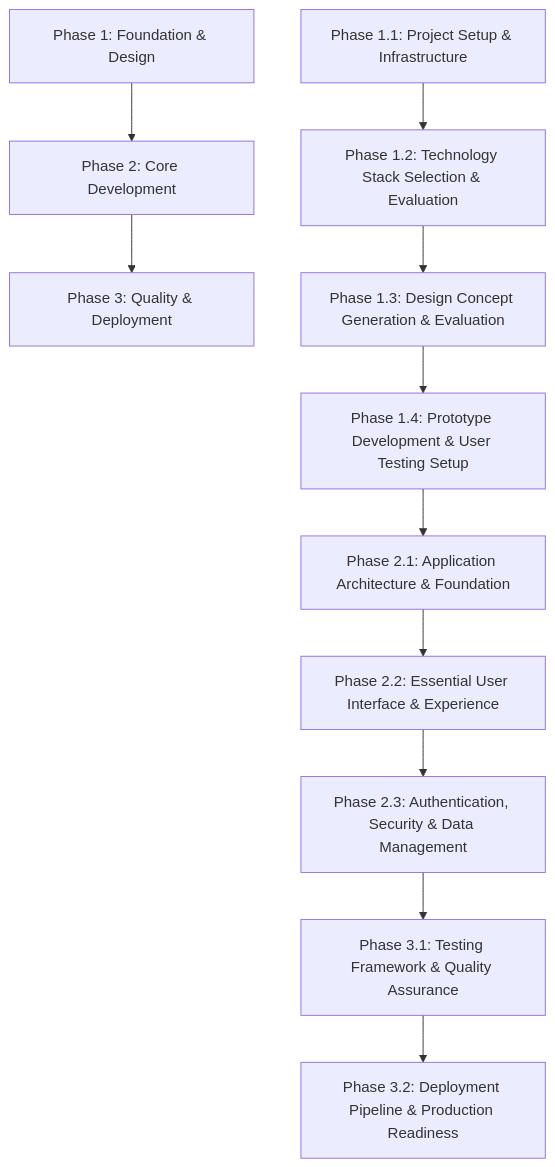
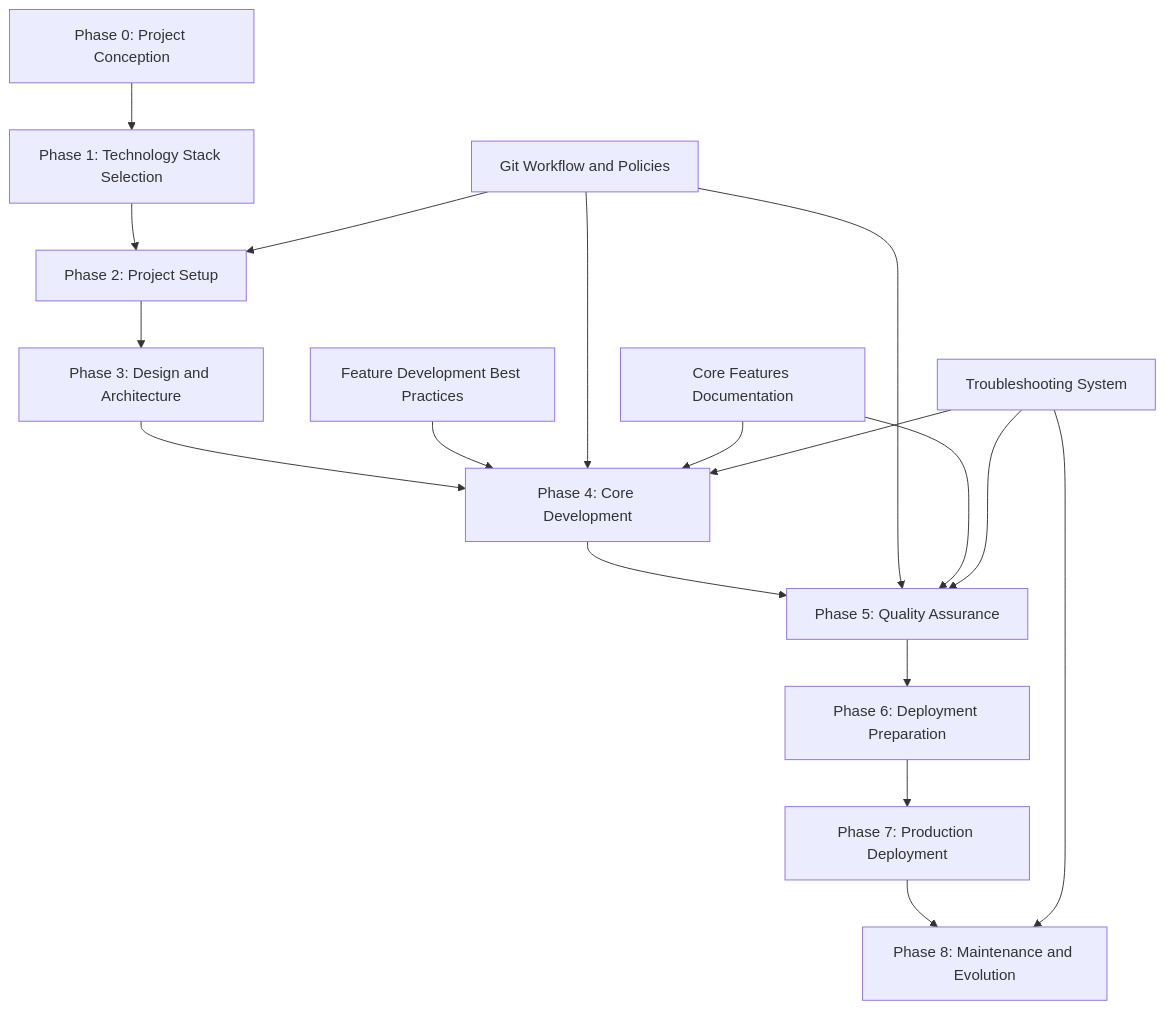
The diagram in docs/_init/ROADMAP_TEMPLATE.md (cbemister/Augment-Starter), drawn with Mermaid before and after one commit. The commit also changed other lines of this file and 56 other files, not shown here.

First line of the commit message:
Add comprehensive documentation for project lifecycle and integration strategies

````diff
--- a/docs/_init/ROADMAP_TEMPLATE.md
+++ b/docs/_init/ROADMAP_TEMPLATE.md
@@ -416,14 +472,21 @@
 ```mermaid
 graph TD
-    A[Phase 1: Foundation & Design] --> B[Phase 2: Core Development]
-    B --> C[Phase 3: Quality & Deployment]
+    P0[Phase 0: Project Conception] --> P1[Phase 1: Technology Stack Selection]
+    P1 --> P2[Phase 2: Project Setup]
+    P2 --> P3[Phase 3: Design and Architecture]
+    P3 --> P4[Phase 4: Core Development]
+    P4 --> P5[Phase 5: Quality Assurance]
+    P5 --> P6[Phase 6: Deployment Preparation]
+    P6 --> P7[Phase 7: Production Deployment]
+    P7 --> P8[Phase 8: Maintenance and Evolution]
 
-    A1[Phase 1.1: Project Setup & Infrastructure] --> A2[Phase 1.2: Technology Stack Selection & Evaluation]
-    A2 --> A3[Phase 1.3: Design Concept Generation & Evaluation]
-    A3 --> A4[Phase 1.4: Prototype Development & User Testing Setup]
-    A4 --> B1[Phase 2.1: Application Architecture & Foundation]
-    B1 --> B2[Phase 2.2: Essential User Interface & Experience]
-    B2 --> B3[Phase 2.3: Authentication, Security & Data Management]
-    B3 --> C1[Phase 3.1: Testing Framework & Quality Assurance]
-    C1 --> C2[Phase 3.2: Deployment Pipeline & Production Readiness]
+    FD[Feature Development Best Practices] --> P4
+    GW[Git Workflow and Policies] --> P2
+    GW --> P4
+    GW --> P5
+    CF[Core Features Documentation] --> P4
+    CF --> P5
+    TS[Troubleshooting System] --> P4
+    TS --> P5
+    TS --> P8
 ```
````
